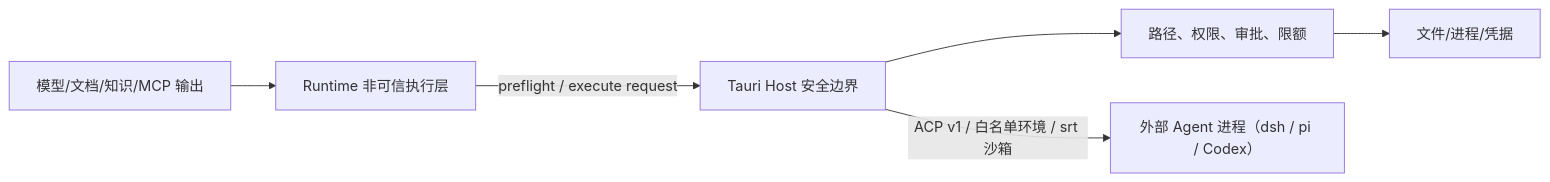
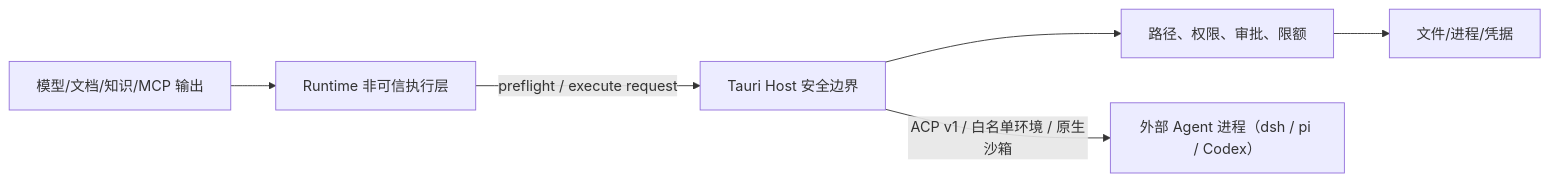
Before and after one commit to Hry1729/Fox-Agent: the diagram in docs/02-架构/安全架构.md, drawn with Mermaid. The commit also changed other lines of this file and 74 other files, not shown here.

Commit message:
feat(sandbox): confine Fox Agent commands with SRT; restore Codex; keep external Agents native

````diff
--- a/docs/02-架构/安全架构.md
+++ b/docs/02-架构/安全架构.md
@@ -14,8 +14,8 @@
 ```mermaid
 flowchart LR
     UNTRUST["模型/文档/知识/MCP 输出"] --> RUNTIME["Runtime 非可信执行层"]
     RUNTIME -->|"preflight / execute request"| HOST["Tauri Host 安全边界"]
     HOST --> POLICY["路径、权限、审批、限额"]
     POLICY --> LOCAL["文件/进程/凭据"]
-    HOST -->|"ACP v1 / 白名单环境 / srt 沙箱"| EXT["外部 Agent 进程（dsh / pi / Codex）"]
+    HOST -->|"ACP v1 / 白名单环境 / 原生沙箱"| EXT["外部 Agent 进程（dsh / pi / Codex）"]
 ```
````
